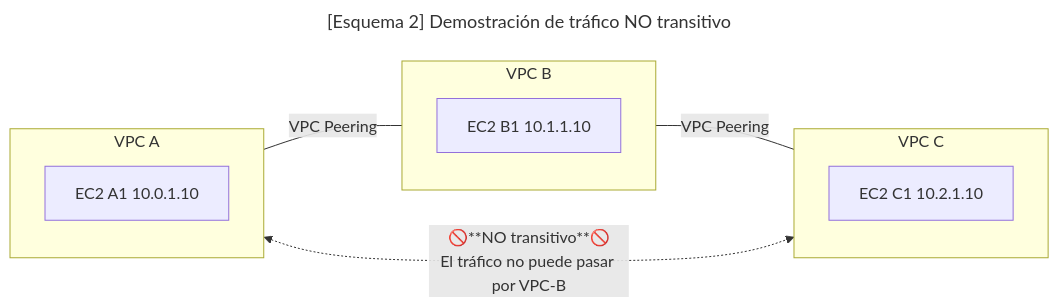
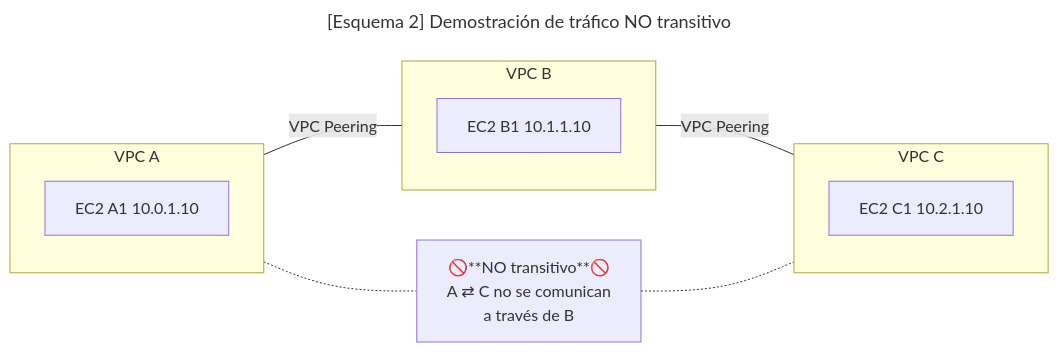
The second of 3 diagrams in SAA-C03/es/3. VPC - Virtual Private Cloud.md (Marcos-SA-git/AWS-Certifications), drawn with Mermaid before and after one commit. The commit also changed other lines of this file, not shown here.

````diff
--- a/SAA-C03/es/3. VPC - Virtual Private Cloud.md
+++ b/SAA-C03/es/3. VPC - Virtual Private Cloud.md
@@ -261,26 +261,27 @@
 ```mermaid
 ---
 title: "[Esquema 2] Demostración de tráfico NO transitivo"
 ---
 flowchart LR
   %% Comunicación NO transitiva en VPC Peering
 
   subgraph VPC_A["VPC A"]
     A1["EC2 A1 10.0.1.10"]
   end
 
   subgraph VPC_B["VPC B"]
     B1["EC2 B1 10.1.1.10"]
   end
 
   subgraph VPC_C["VPC C"]
     C1["EC2 C1 10.2.1.10"]
   end
 
   %% Peering directos
   VPC_A ---|VPC Peering| VPC_B
   VPC_B ---|VPC Peering| VPC_C
 
   %% NO hay tránsito entre A y C
-  VPC_A <-. 🚫**NO transitivo**🚫<br>El tráfico no puede pasar por VPC-B .-> VPC_C
+  Note["🚫**NO transitivo**🚫<br>A ⇄ C no se comunican<br>a través de B"]
+  VPC_A -.- Note -.- VPC_C
 ```
````
